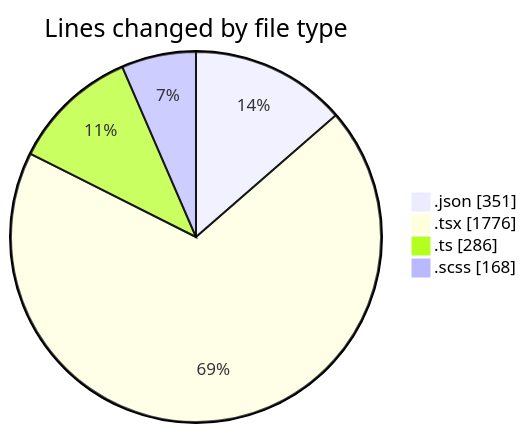
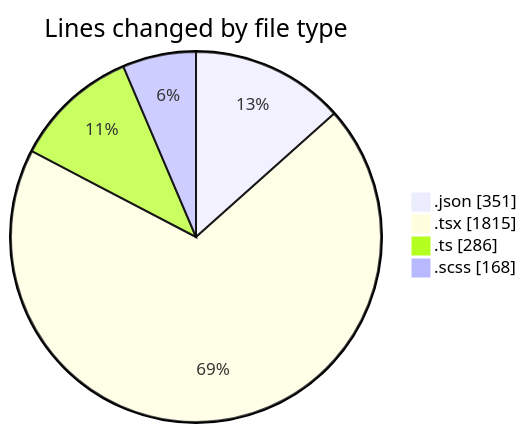
One commit to momahboobian/code-tracking changed the first of 2 diagrams in 2026-04-22/cda/README.md. Above: the diagram before and after it, drawn with Mermaid. The commit also changed other lines of this file and 1 other file, not shown here.

````diff
--- a/2026-04-22/cda/README.md
+++ b/2026-04-22/cda/README.md
@@ -36,8 +36,8 @@
 ```mermaid
 pie showData
 title Lines changed by file type
 ".json" : 351
-".tsx" : 1776
+".tsx" : 1815
 ".ts" : 286
 ".scss" : 168
 ```
````
